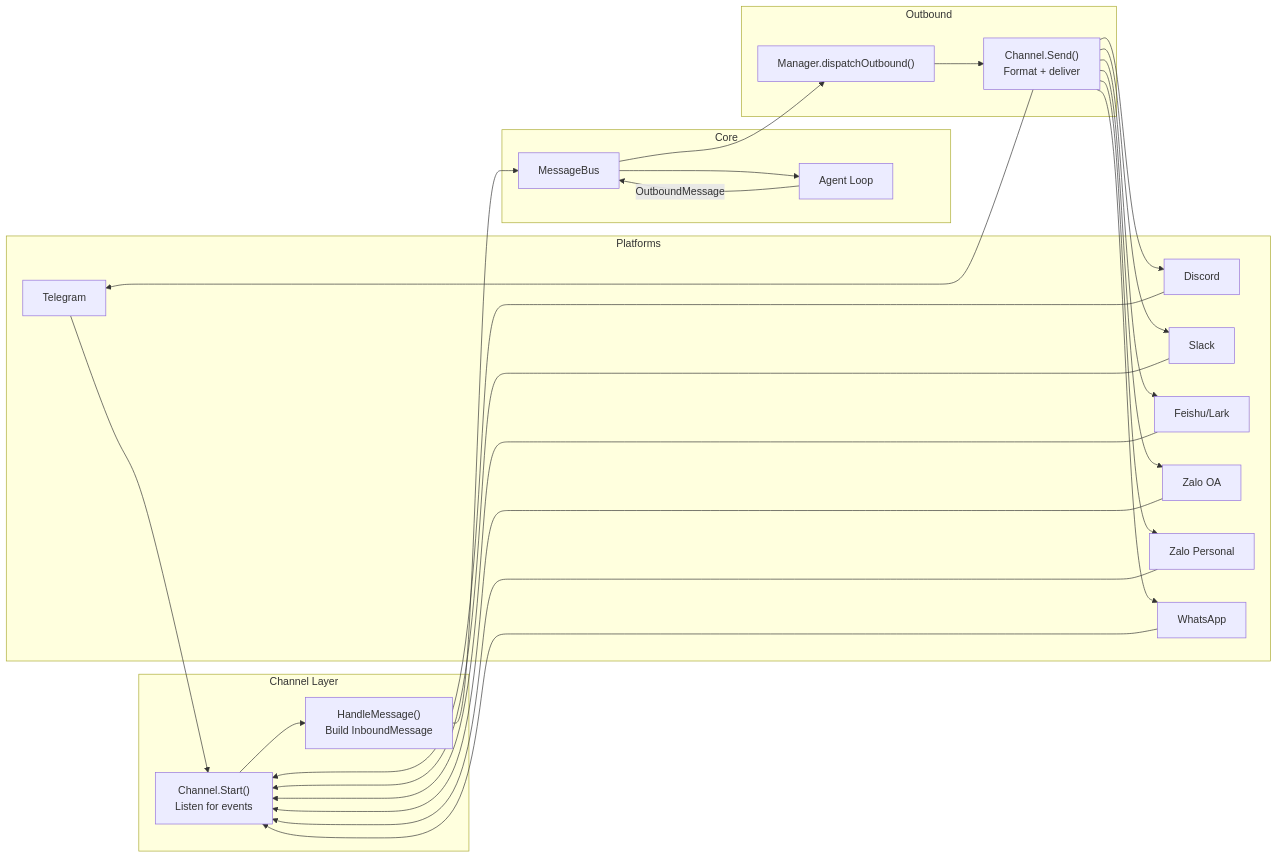
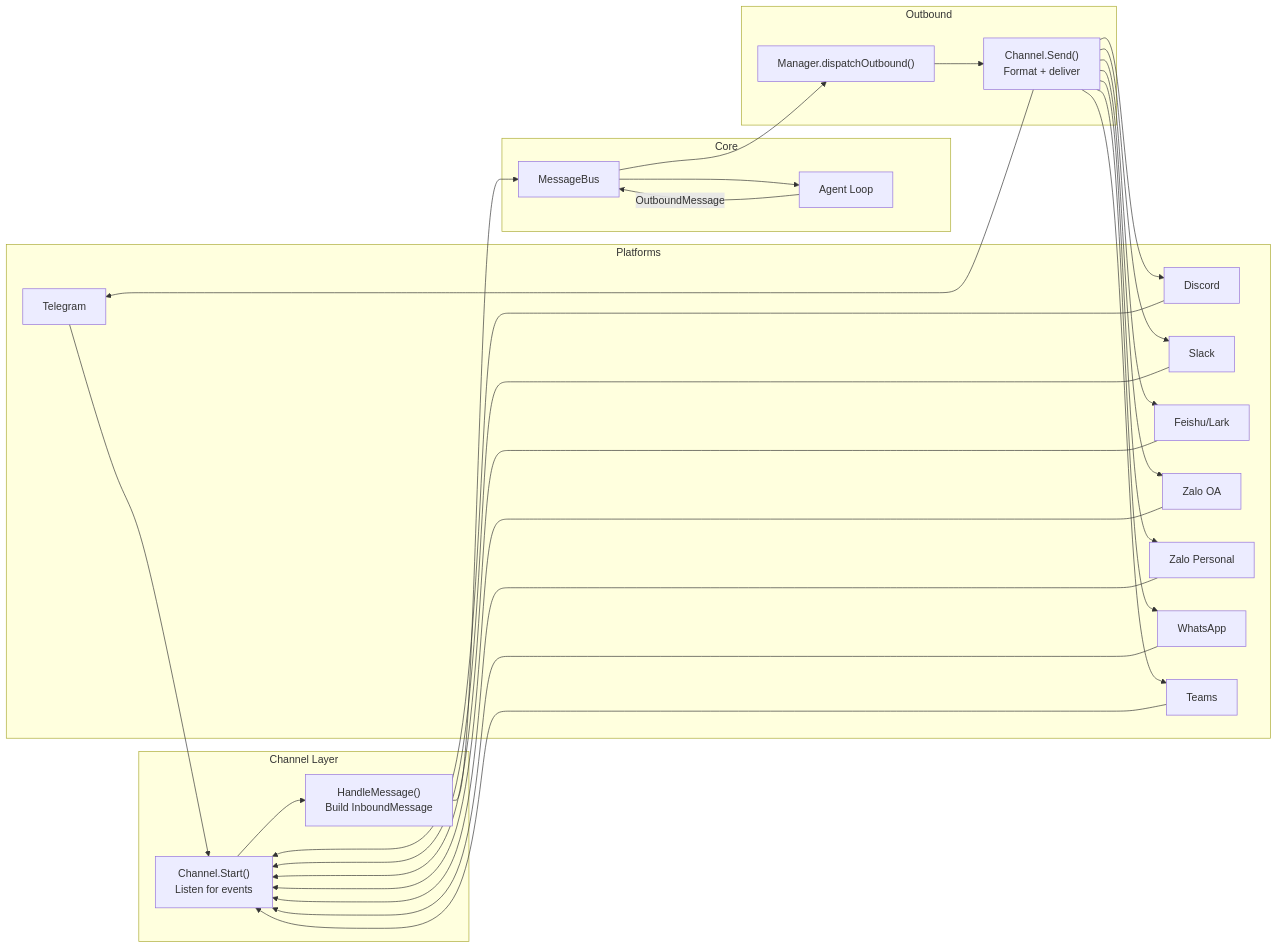
Before and after one commit to nextlevelbuilder/goclaw: the first of 10 diagrams in docs/05-channels-messaging.md, drawn with Mermaid. The commit also changed other lines of this file and 16 other files, not shown here.

````diff
--- a/docs/05-channels-messaging.md
+++ b/docs/05-channels-messaging.md
@@ -9,48 +9,51 @@
 ```mermaid
 flowchart LR
     subgraph Platforms
         TG["Telegram"]
         DC["Discord"]
         SL["Slack"]
         FS["Feishu/Lark"]
         ZL["Zalo OA"]
         ZLP["Zalo Personal"]
         WA["WhatsApp"]
+        TM["Teams"]
     end
 
     subgraph "Channel Layer"
         CH["Channel.Start()<br/>Listen for events"]
         HM["HandleMessage()<br/>Build InboundMessage"]
     end
 
     subgraph Core
         BUS["MessageBus"]
         AGENT["Agent Loop"]
     end
 
     subgraph Outbound
         DISPATCH["Manager.dispatchOutbound()"]
         SEND["Channel.Send()<br/>Format + deliver"]
     end
 
     TG --> CH
     DC --> CH
     SL --> CH
     FS --> CH
     ZL --> CH
     ZLP --> CH
     WA --> CH
+    TM --> CH
     CH --> HM
     HM --> BUS
     BUS --> AGENT
     AGENT -->|OutboundMessage| BUS
     BUS --> DISPATCH
     DISPATCH --> SEND
     SEND --> TG
     SEND --> DC
     SEND --> SL
     SEND --> FS
     SEND --> ZL
     SEND --> ZLP
     SEND --> WA
+    SEND --> TM
 ```
````
